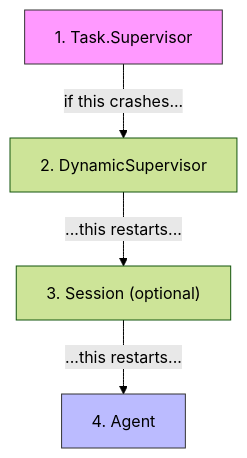
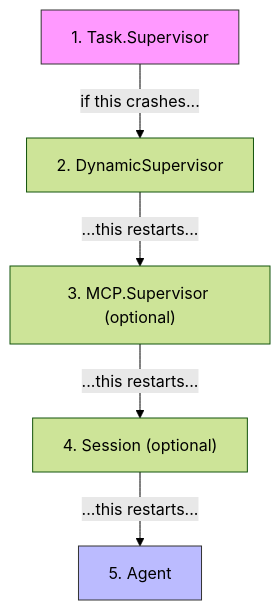
One commit to matteing/opal changed the tenth of 10 diagrams in docs/supervision.md. Above: the diagram before and after it, drawn with Mermaid (forest theme). The commit also changed other lines of this file and 37 other files, not shown here.

````diff
--- a/docs/supervision.md
+++ b/docs/supervision.md
@@ -404,9 +407,10 @@
 ```mermaid
 flowchart TD
     A["1. Task.Supervisor"] -->|"if this crashes..."| B["2. DynamicSupervisor"]
-    B -->|"...this restarts..."| C["3. Session (optional)"]
-    C -->|"...this restarts..."| D["4. Agent"]
+    B -->|"...this restarts..."| C["3. MCP.Supervisor (optional)"]
+    C -->|"...this restarts..."| D["4. Session (optional)"]
+    D -->|"...this restarts..."| E["5. Agent"]
 
     style A fill:#f9f,stroke:#333
-    style D fill:#bbf,stroke:#333
+    style E fill:#bbf,stroke:#333
 ```
````
